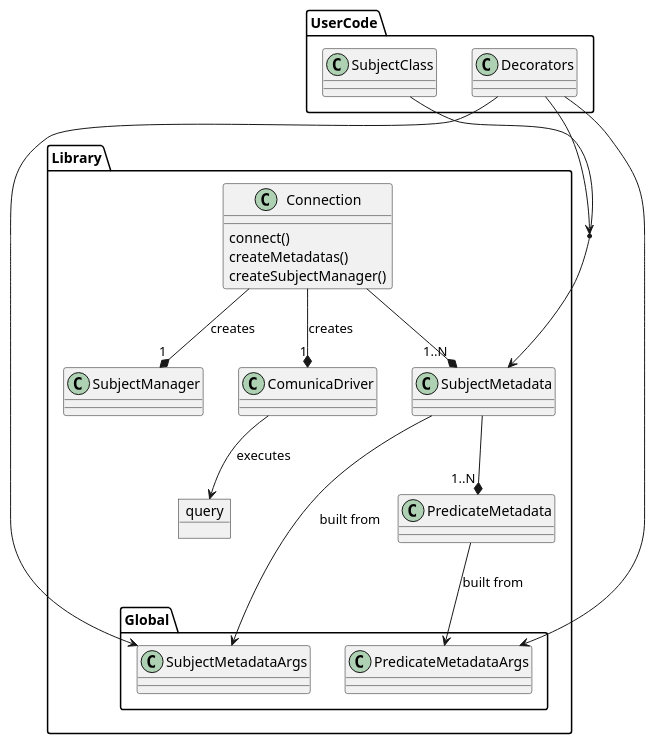
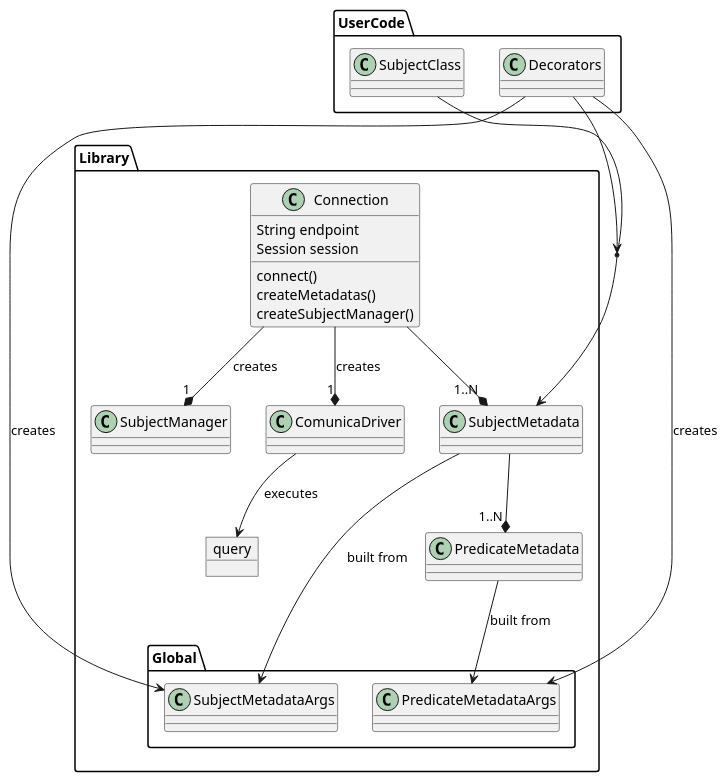
The diagram in doc/uml.puml (remodietlicher/graphorm), drawn with PlantUML before and after one commit. The commit also changed 10 other files, not shown here.

```diff
--- a/doc/uml.puml
+++ b/doc/uml.puml
@@ -1,41 +1,43 @@
 @startuml sparql-orm
 
 namespace Library {
     object query
     class Connection {
+        String endpoint
+        Session session
         connect()
         createMetadatas()
         createSubjectManager()
     }
     class SubjectManager
     class SubjectMetadata
     class PredicateMetadata
     class ComunicaDriver
 
     namespace Global {
         class SubjectMetadataArgs
         class PredicateMetadataArgs
     }
 }
 
 namespace UserCode {
     class Decorators
     class SubjectClass
 }
 
 Library.Connection --* "1..N" Library.SubjectMetadata
 Library.Connection --* "1" Library.SubjectManager: creates
 Library.Connection --* "1" Library.ComunicaDriver: creates
 
 Library.SubjectMetadata --> Library.Global.SubjectMetadataArgs: built from
 Library.SubjectMetadata --* "1..N" Library.PredicateMetadata
 
 Library.PredicateMetadata --> Library.Global.PredicateMetadataArgs: built from
 
 Library.ComunicaDriver --> query: executes
 
 UserCode.SubjectClass --> Library.SubjectMetadata
 UserCode.Decorators --> (UserCode.SubjectClass, Library.SubjectMetadata)
-UserCode.Decorators --> Library.Global.SubjectMetadataArgs
-UserCode.Decorators --> Library.Global.PredicateMetadataArgs
+UserCode.Decorators --> Library.Global.SubjectMetadataArgs: creates
+UserCode.Decorators --> Library.Global.PredicateMetadataArgs: creates
 @enduml
```
